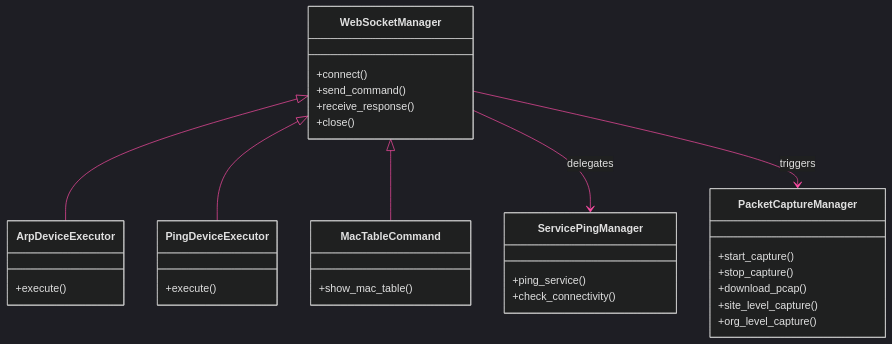
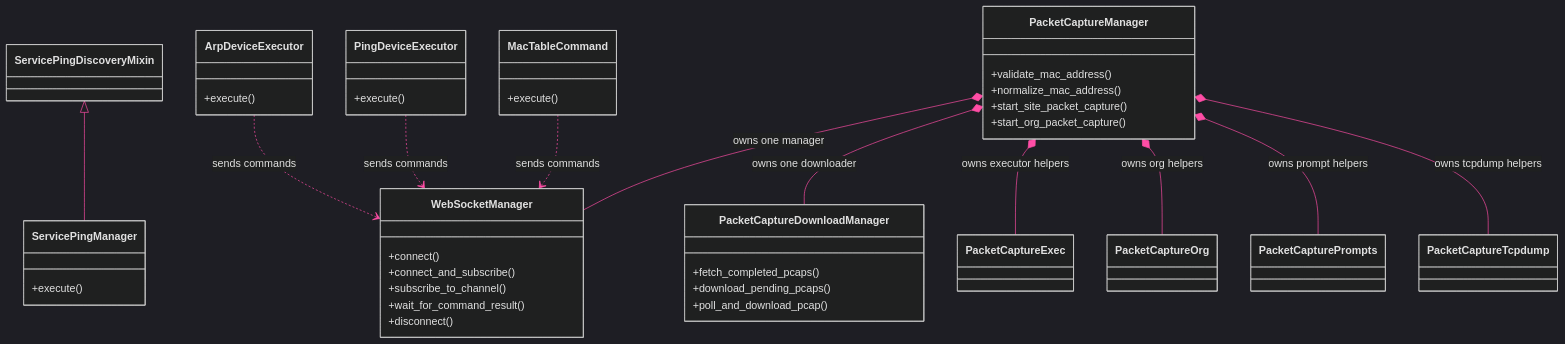
One commit to jmorrison-juniper/MistHelper changed the first of 3 diagrams in documentation/diagrams/class-hierarchy/managers.md. Above: the diagram before and after it, drawn with Mermaid. The commit also changed other lines of this file and 110 other files, not shown here.

````diff
--- a/documentation/diagrams/class-hierarchy/managers.md
+++ b/documentation/diagrams/class-hierarchy/managers.md
@@ -9,51 +11,60 @@
 ```mermaid
 %%{init: {'theme': 'dark', 'themeVariables': {
   'primaryColor': '#E20074',
   'primaryTextColor': '#E0E0E0',
   'primaryBorderColor': '#99004D',
   'lineColor': '#FF4DA6',
   'secondaryColor': '#16213E',
   'tertiaryColor': '#1A1A2E',
   'fontFamily': 'ui-monospace, monospace'
 }}}%%
 classDiagram
     direction TB
 
     class WebSocketManager {
         +connect()
-        +send_command()
-        +receive_response()
-        +close()
+        +connect_and_subscribe()
+        +subscribe_to_channel()
+        +wait_for_command_result()
+        +disconnect()
     }
-
+    class ServicePingDiscoveryMixin
+    class ServicePingManager {
+        +execute()
+    }
     class ArpDeviceExecutor {
         +execute()
     }
-
     class PingDeviceExecutor {
         +execute()
     }
+    class MacTableCommand {
+        +execute()
+    }
+    class PacketCaptureManager {
+        +validate_mac_address()
+        +normalize_mac_address()
+        +start_site_packet_capture()
+        +start_org_packet_capture()
+    }
+    class PacketCaptureDownloadManager {
+        +fetch_completed_pcaps()
+        +download_pending_pcaps()
+        +poll_and_download_pcap()
+    }
+    class PacketCaptureExec
+    class PacketCaptureOrg
+    class PacketCapturePrompts
+    class PacketCaptureTcpdump
 
-    class MacTableCommand {
-        +show_mac_table()
-    }
-
-    class ServicePingManager {
-        +ping_service()
-        +check_connectivity()
-    }
-
-    class PacketCaptureManager {
-        +start_capture()
-        +stop_capture()
-        +download_pcap()
-        +site_level_capture()
-        +org_level_capture()
-    }
-
-    WebSocketManager <|-- ArpDeviceExecutor
-    WebSocketManager <|-- PingDeviceExecutor
-    WebSocketManager <|-- MacTableCommand
-    WebSocketManager --> ServicePingManager : delegates
-    WebSocketManager --> PacketCaptureManager : triggers
+    ServicePingDiscoveryMixin <|-- ServicePingManager
+    ArpDeviceExecutor ..> WebSocketManager : sends commands
+    PingDeviceExecutor ..> WebSocketManager : sends commands
+    MacTableCommand ..> WebSocketManager : sends commands
+    PacketCaptureManager *-- WebSocketManager : owns one manager
+    PacketCaptureManager *-- PacketCaptureDownloadManager : owns one downloader
+    PacketCaptureManager *-- PacketCaptureExec : owns executor helpers
+    PacketCaptureManager *-- PacketCaptureOrg : owns org helpers
+    PacketCaptureManager *-- PacketCapturePrompts : owns prompt helpers
+    PacketCaptureManager *-- PacketCaptureTcpdump : owns tcpdump helpers
 ```
````
